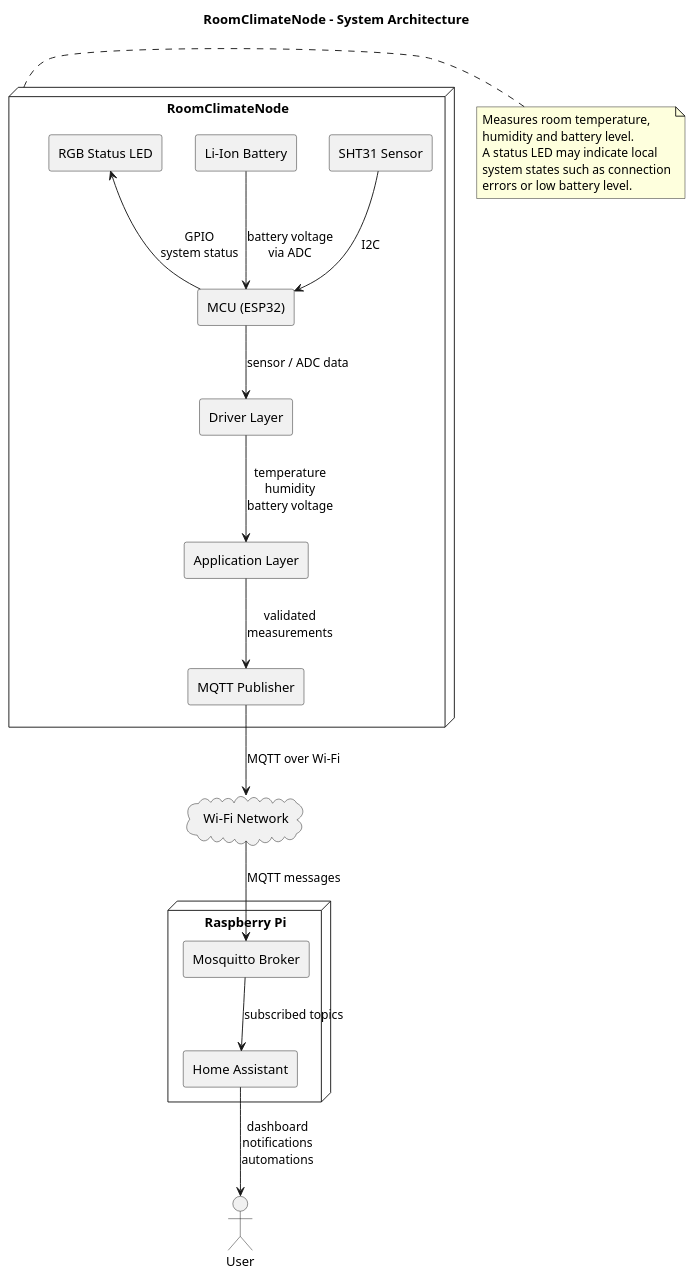
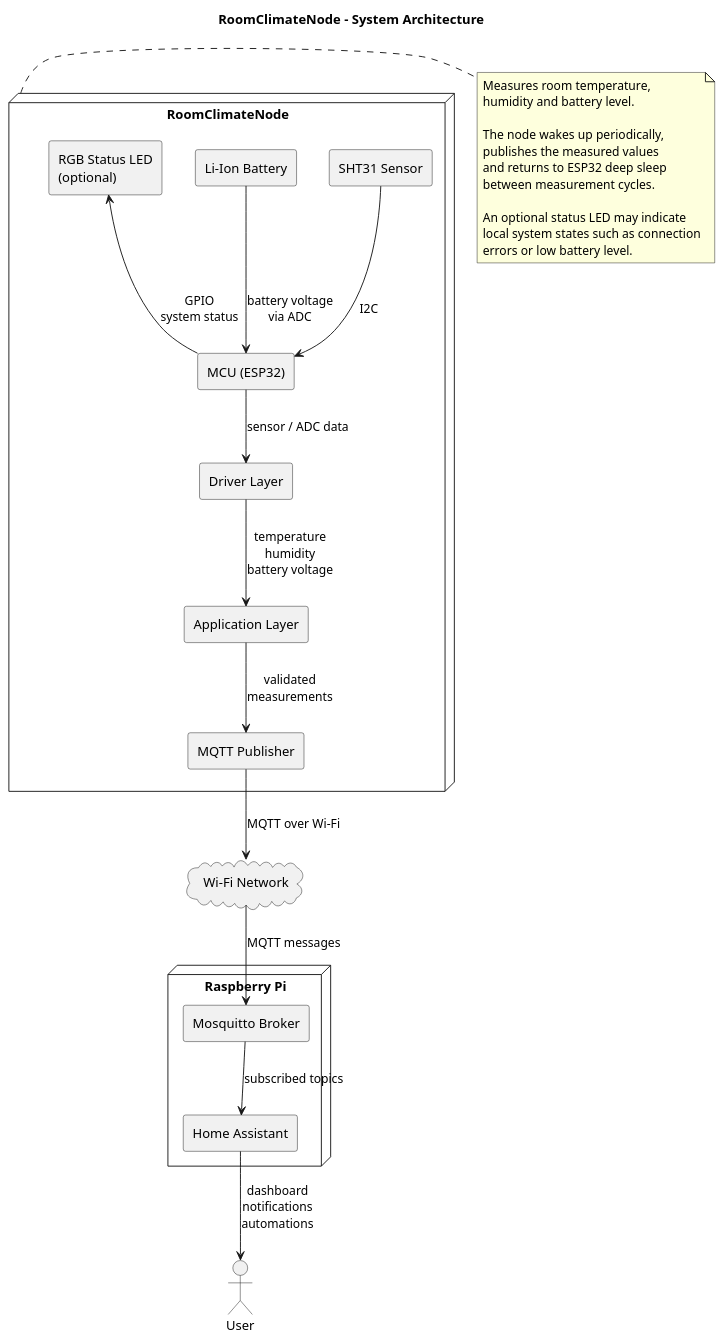
The diagram in docs/SystemArchitecture.puml (KennethK88/RoomClimateNode), drawn with PlantUML before and after one commit. The commit also changed 3 other files, not shown here.

Commit message:
docs: update documentation files for deep sleep operation.

```diff
--- a/docs/SystemArchitecture.puml
+++ b/docs/SystemArchitecture.puml
@@ -1,63 +1,69 @@
 @startuml
 title RoomClimateNode – System Architecture
 
 skinparam componentStyle rectangle
 skinparam shadowing false
 
 ' ============================================================
 ' Sensor Node
 ' ============================================================
 
 node "RoomClimateNode" as roomNode {
     
     component "SHT31 Sensor" as sht31
     component "Li-Ion Battery" as battery
-    component "RGB Status LED" as statusLed
+    component "RGB Status LED\n(optional)" as statusLed
     component "MCU (ESP32)" as mcu
 
     component "Driver Layer" as driverLayer
     component "Application Layer" as applicationLayer
     component "MQTT Publisher" as publisher
 
     sht31 --> mcu : I2C
     battery --> mcu : battery voltage\nvia ADC
     statusLed <-- mcu : GPIO\nsystem status
 
     mcu --> driverLayer : sensor / ADC data
     driverLayer --> applicationLayer : temperature\nhumidity\nbattery voltage
 
     applicationLayer --> publisher : validated\nmeasurements
 }
 
 ' ============================================================
 ' Network / Broker / Smart Home
 ' ============================================================
 
 cloud "Wi-Fi Network" as wifi
 
 node "Raspberry Pi" as pi {
     component "Mosquitto Broker" as broker
     component "Home Assistant" as ha
 }
 
 actor "User" as user
 
 publisher --> wifi : MQTT over Wi-Fi
 wifi --> broker : MQTT messages
 
 broker --> ha : subscribed topics
 ha --> user : dashboard\nnotifications\nautomations
 
 ' ============================================================
 ' Notes
 ' ============================================================
 
 note right of roomNode
   Measures room temperature,
   humidity and battery level.
-  A status LED may indicate local
-  system states such as connection
+
+  The node wakes up periodically,
+  publishes the measured values
+  and returns to ESP32 deep sleep
+  between measurement cycles.
+
+  An optional status LED may indicate
+  local system states such as connection
   errors or low battery level.
 end note
 
 @enduml
```
